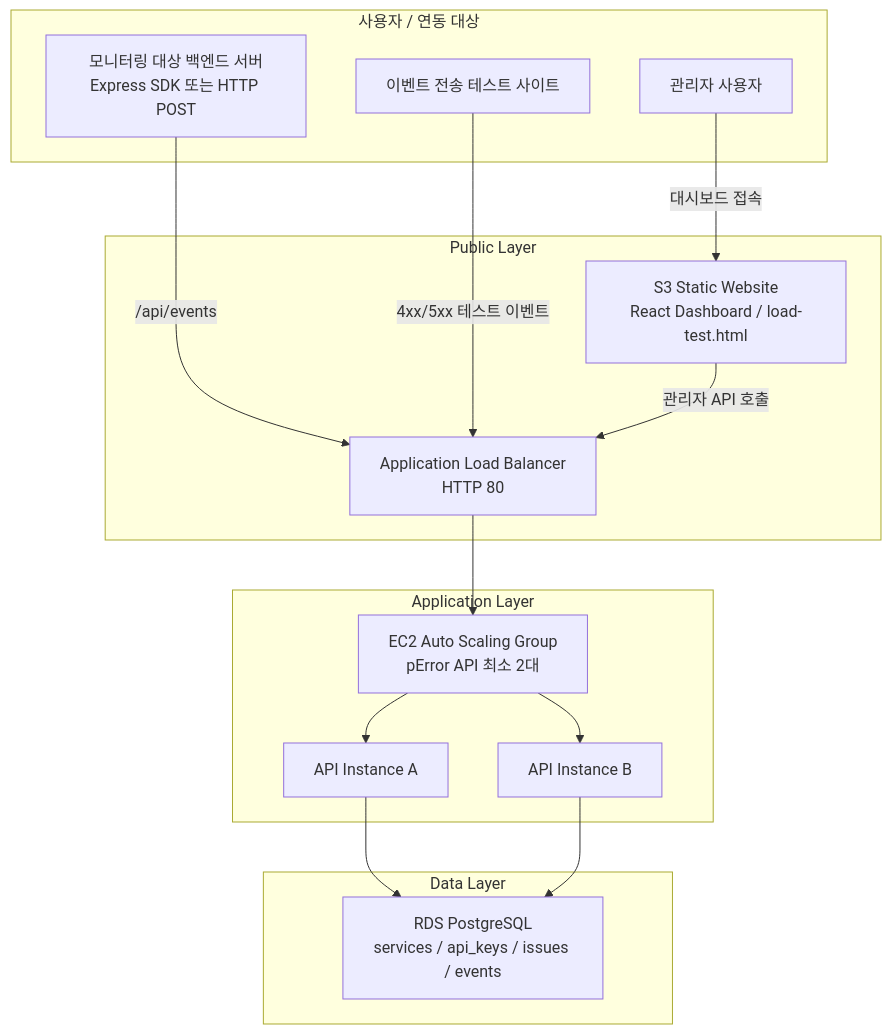
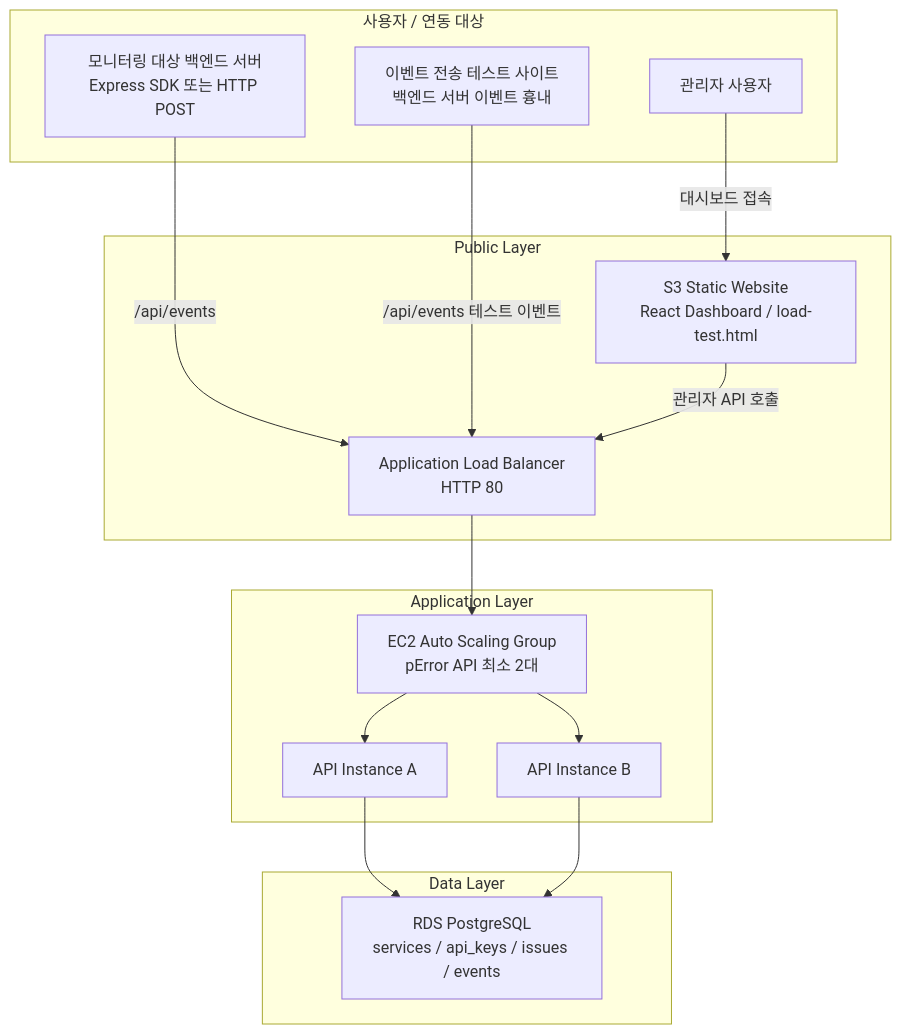
The first of 2 diagrams in docs/aws-architecture.md (thswldns77/pError), drawn with Mermaid before and after one commit. The commit also changed other lines of this file and 1 other file, not shown here.

Commit message:
docs: 테스트 이벤트 흐름 설명 보강

````diff
--- a/docs/aws-architecture.md
+++ b/docs/aws-architecture.md
@@ -7,33 +7,33 @@
 ```mermaid
 flowchart TB
   subgraph clients["사용자 / 연동 대상"]
     backend["모니터링 대상 백엔드 서버<br/>Express SDK 또는 HTTP POST"]
     admin["관리자 사용자"]
-    tester["이벤트 전송 테스트 사이트"]
+    tester["이벤트 전송 테스트 사이트<br/>백엔드 서버 이벤트 흉내"]
   end
 
   subgraph public["Public Layer"]
     s3["S3 Static Website<br/>React Dashboard / load-test.html"]
     alb["Application Load Balancer<br/>HTTP 80"]
   end
 
   subgraph app["Application Layer"]
     asg["EC2 Auto Scaling Group<br/>pError API 최소 2대"]
     api1["API Instance A"]
     api2["API Instance B"]
   end
 
   subgraph data["Data Layer"]
     rds["RDS PostgreSQL<br/>services / api_keys / issues / events"]
   end
 
   backend -->|/api/events| alb
-  tester -->|4xx/5xx 테스트 이벤트| alb
+  tester -->|/api/events 테스트 이벤트| alb
   admin -->|대시보드 접속| s3
   s3 -->|관리자 API 호출| alb
   alb --> asg
   asg --> api1
   asg --> api2
   api1 --> rds
   api2 --> rds
 ```
````
